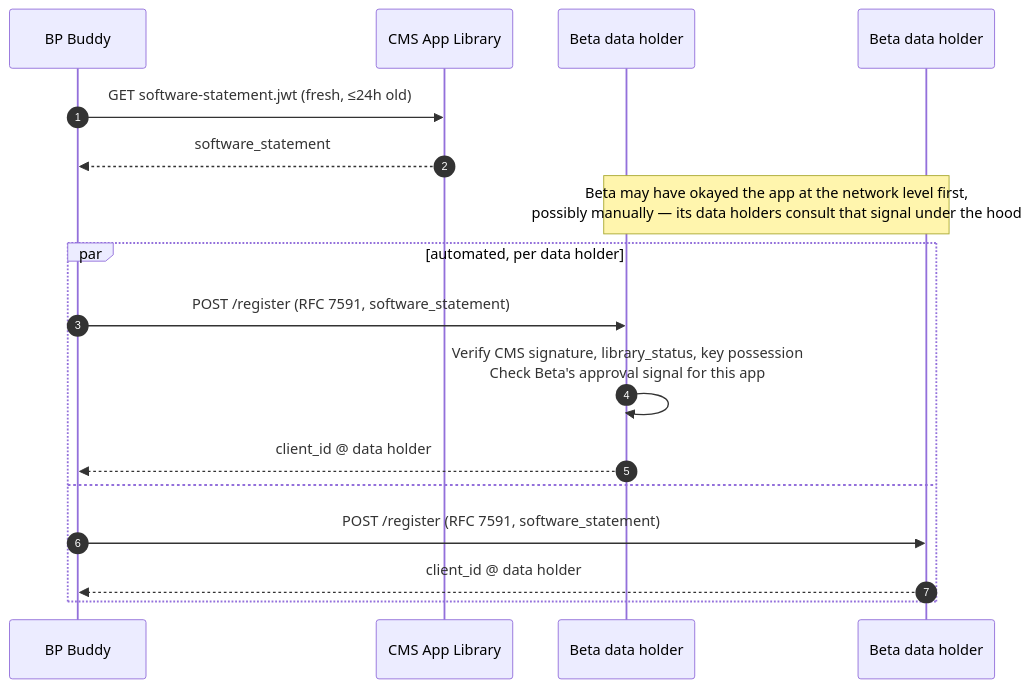
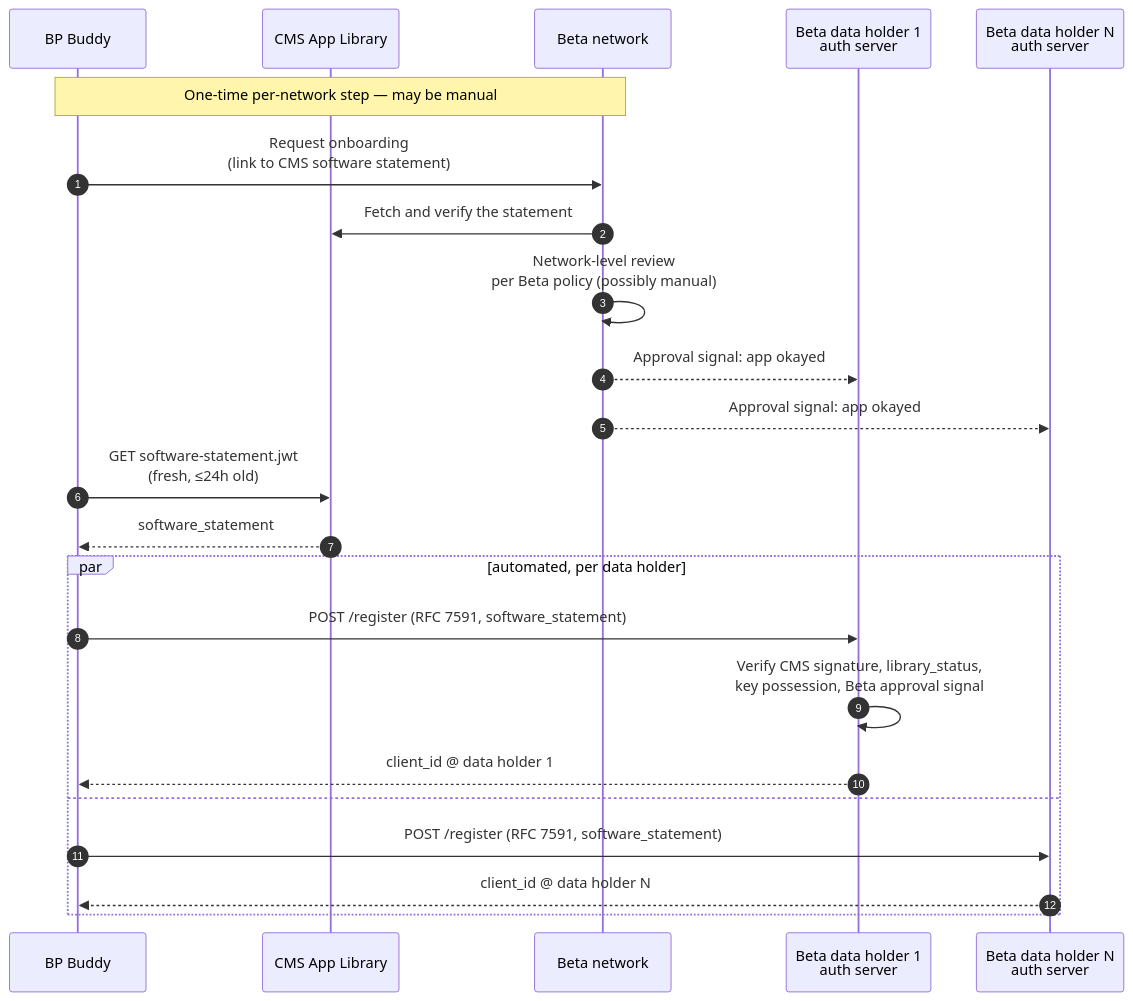
One commit to jmandel/cms-ns changed the fourth of 10 diagrams in app-connectivity-flows.md. Above: the diagram before and after it, drawn with Mermaid. The commit also changed other lines of this file, not shown here.

Commit message:
2b shows Beta network's possibly-manual onboarding step; fix '#' label truncation
Mermaid eats '#...' in participant aliases, which collapsed 'data holder
#1/#N auth server' into identical boxes — digits now bare. Beta network
is a participant: onboards the app (review per Beta policy, possibly
manual), pushes an approval signal its data holders consult during
automated dynreg. Gamma cert vetting marked possibly manual. Wide note
removed; no rects overflow any diagram viewBox.

````diff
--- a/app-connectivity-flows.md
+++ b/app-connectivity-flows.md
@@ -110,20 +110,26 @@
 ```mermaid
 sequenceDiagram
     autonumber
     participant App as BP Buddy
     participant CMS as CMS App Library
-    participant DH1 as Beta data holder #1 auth server
-    participant DHn as Beta data holder #N auth server
+    participant Beta as Beta network
+    participant DH1 as Beta data holder 1<br/>auth server
+    participant DHn as Beta data holder N<br/>auth server
 
-    App->>CMS: GET software-statement.jwt (fresh, ≤24h old)
+    Note over App,Beta: One-time per-network step — may be manual
+    App->>Beta: Request onboarding<br/>(link to CMS software statement)
+    Beta->>CMS: Fetch and verify the statement
+    Beta->>Beta: Network-level review<br/>per Beta policy (possibly manual)
+    Beta-->>DH1: Approval signal: app okayed
+    Beta-->>DHn: Approval signal: app okayed
+    App->>CMS: GET software-statement.jwt<br/>(fresh, ≤24h old)
     CMS-->>App: software_statement
-    Note over DH1,DHn: Beta may have okayed the app at the network level first,<br/>possibly manually — its data holders consult that signal under the hood
     par automated, per data holder
         App->>DH1: POST /register (RFC 7591, software_statement)
-        DH1->>DH1: Verify CMS signature, library_status, key possession<br/>Check Beta's approval signal for this app
-        DH1-->>App: client_id @ data holder #1
+        DH1->>DH1: Verify CMS signature, library_status,<br/>key possession, Beta approval signal
+        DH1-->>App: client_id @ data holder 1
     and
         App->>DHn: POST /register (RFC 7591, software_statement)
-        DHn-->>App: client_id @ data holder #N
+        DHn-->>App: client_id @ data holder N
     end
 ```
````
